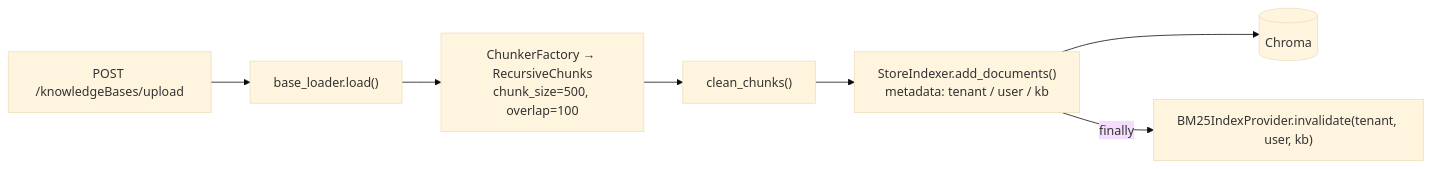
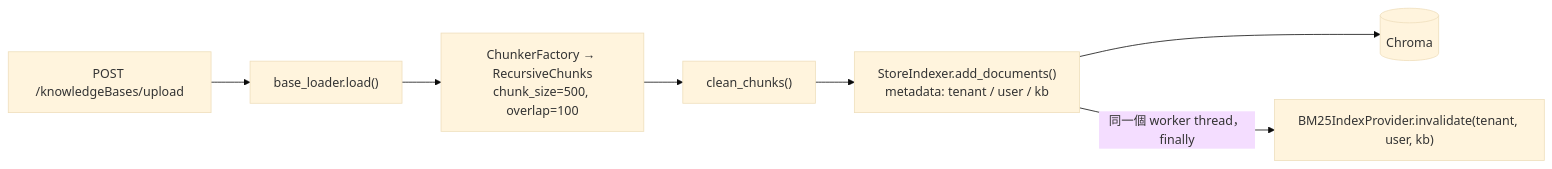
Before and after one commit to jltz1207/LoginFastapi: the first of 9 diagrams in docs/vectorstore/vectorstore-retriever-structure-20261009.md, drawn with Mermaid (base theme). The commit also changed other lines of this file and 4 other files, not shown here.

````diff
--- a/docs/vectorstore/vectorstore-retriever-structure-20261009.md
+++ b/docs/vectorstore/vectorstore-retriever-structure-20261009.md
@@ -17,9 +17,9 @@
 ```mermaid
 flowchart LR
     UP["POST /knowledgeBases/upload"] --> LD["base_loader.load()"]
     LD --> CH["ChunkerFactory → RecursiveChunks<br/>chunk_size=500, overlap=100"]
     CH --> CL["clean_chunks()"]
     CL --> AD["StoreIndexer.add_documents()<br/>metadata: tenant / user / kb"]
     AD --> DB[("Chroma")]
-    AD -->|finally| INV["BM25IndexProvider.invalidate(tenant, user, kb)"]
+    AD -->|"同一個 worker thread，finally"| INV["BM25IndexProvider.invalidate(tenant, user, kb)"]
 ```
````
